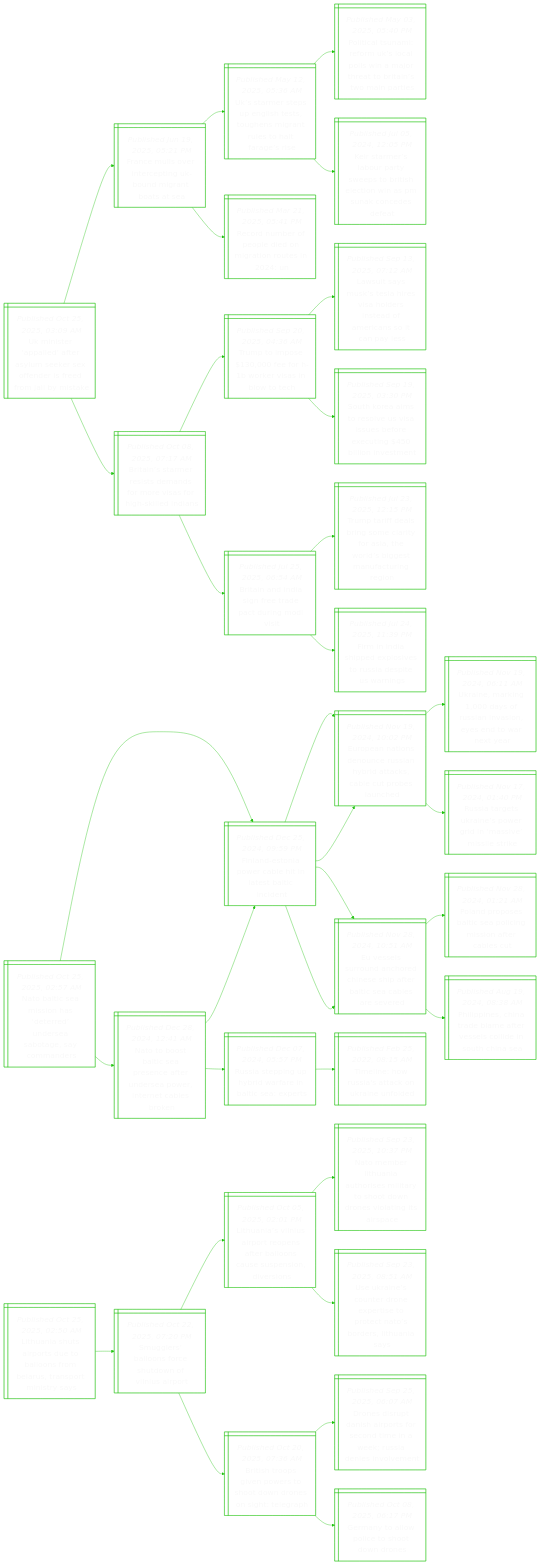
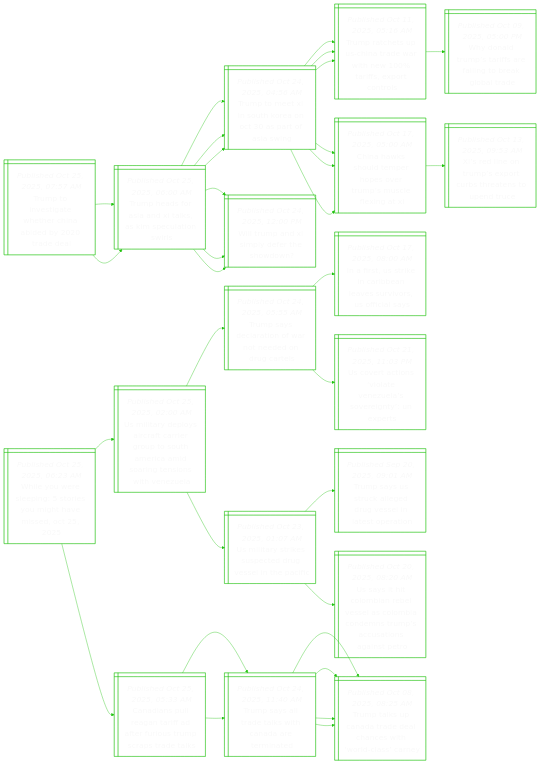
One commit to notJmes/notJmes changed the diagram in README.md. Above: the diagram before and after it, drawn with Mermaid. The commit also changed other lines of this file, not shown here.

````diff
--- a/README.md
+++ b/README.md
@@ -16,112 +16,106 @@
 flowchart LR
 classDef txtsize font-size:20px;
 
-Uialtyesfreols@{ shape: win-pane, label: "_Published Oct 25, 2025, 03:09 AM_
-Uk minister ‘appalled’ after asylum seeker sex offender is freed from jail by mistake" }
-Fesicnoitsa@{ shape: win-pane, label: "_Published Jun 19, 2025, 05:21 PM_
-France mulls over intercepting uk-bound migrant boats at sea" }
-UasuleonruoFee@{ shape: win-pane, label: "_Published May 12, 2025, 05:36 AM_
-Uk’s starmer steps up english tests, toughens migrant rules to halt farage’s rise" }
-Pisirlpwahtttit@{ shape: win-pane, label: "_Published May 03, 2025, 05:40 PM_
-Political tsunami: reform uk’s local polls win a major threat to britain’s two main parties" }
-Ktroreoiensnnsa@{ shape: win-pane, label: "_Published Jul 05, 2024, 12:05 PM_
-Keir starmer’s labour party sweeps to british election win as pm sunak concedes defeat" }
-Rdeednars@{ shape: win-pane, label: "_Published Mar 21, 2025, 05:41 PM_
-Record number of people died on migration routes in 2024: un" }
-BiartaoesiiIn@{ shape: win-pane, label: "_Published Oct 08, 2025, 07:17 AM_
-Britain’s starmer resists demands for more visas for high-skilled indians" }
-TtoeBealt@{ shape: win-pane, label: "_Published Sep 20, 2025, 04:36 AM_
-Trump to impose $130,000 fee for h-1b worker visas in blow to tech" }
-Lissashrtfisal@{ shape: win-pane, label: "_Published Sep 13, 2025, 07:12 AM_
-Lawsuit says musk’s tesla hires visa holders instead of americans so it can pay less" }
-SKaolvsbeuboen@{ shape: win-pane, label: "_Published Sep 19, 2025, 03:30 PM_
-South korea aims to resolve us visa issues before executing $450 billion investment" }
-BiIsracidi@{ shape: win-pane, label: "_Published Jul 25, 2025, 06:54 AM_
-Britain and india sign free trade pact during modi visit" }
-TtfsgctAhlgmaig@{ shape: win-pane, label: "_Published Jul 23, 2025, 12:15 PM_
-Trump tariff deals bring some clarity for asia, the world’s biggest manufacturing region" }
-FnappvRaiwn@{ shape: win-pane, label: "_Published Jul 24, 2025, 11:39 PM_
-Firm in india shipped explosives to russia despite us warnings" }
+TteaeCadaa@{ shape: win-pane, label: "_Published Oct 25, 2025, 07:57 AM_
+Trump to investigate whether china abided by 2020 trade deal" }
+ThfiXkicii@{ shape: win-pane, label: "_Published Oct 25, 2025, 06:00 AM_
+Trump heads for asia and xi talks, as kim speculation swirls" }
+TttSKoatin@{ shape: win-pane, label: "_Published Oct 24, 2025, 04:56 AM_
+Trump to meet xi in south korea on oct 30 as part of asia swing" }
+TreUndweixco@{ shape: win-pane, label: "_Published Oct 11, 2025, 05:16 AM_
+Trump ratchets up us-china trade war with new 100% tariffs, export controls" }
+Chsdeerpcea@{ shape: win-pane, label: "_Published Oct 17, 2025, 05:00 AM_
+China hawks should temper hopes over trump’s muscle flexing at xi" }
+Wrnidton@{ shape: win-pane, label: "_Published Oct 24, 2025, 12:00 PM_
+Will trump and xi simply defer the showdown?" }
+ThfiXkicii@{ shape: win-pane, label: "_Published Oct 25, 2025, 06:00 AM_
+Trump heads for asia and xi talks, as kim speculation swirls" }
+TttSKoatin@{ shape: win-pane, label: "_Published Oct 24, 2025, 04:56 AM_
+Trump to meet xi in south korea on oct 30 as part of asia swing" }
+TreUndweixco@{ shape: win-pane, label: "_Published Oct 11, 2025, 05:16 AM_
+Trump ratchets up us-china trade war with new 100% tariffs, export controls" }
+Chsdeerpcea@{ shape: win-pane, label: "_Published Oct 17, 2025, 05:00 AM_
+China hawks should temper hopes over trump’s muscle flexing at xi" }
+Wrnidton@{ shape: win-pane, label: "_Published Oct 24, 2025, 12:00 PM_
+Will trump and xi simply defer the showdown?" }
 
-Uialtyesfreols:::txtsize --> Fesicnoitsa:::txtsize
-Fesicnoitsa:::txtsize --> UasuleonruoFee:::txtsize
-UasuleonruoFee:::txtsize --> Pisirlpwahtttit:::txtsize
-UasuleonruoFee:::txtsize --> Ktroreoiensnnsa:::txtsize
-Fesicnoitsa:::txtsize --> Rdeednars:::txtsize
-Uialtyesfreols:::txtsize --> BiartaoesiiIn:::txtsize
-BiartaoesiiIn:::txtsize --> TtoeBealt:::txtsize
-TtoeBealt:::txtsize --> Lissashrtfisal:::txtsize
-TtoeBealt:::txtsize --> SKaolvsbeuboen:::txtsize
-BiartaoesiiIn:::txtsize --> BiIsracidi:::txtsize
-BiIsracidi:::txtsize --> TtfsgctAhlgmaig:::txtsize
-BiIsracidi:::txtsize --> FnappvRaiwn:::txtsize
+TteaeCadaa:::txtsize --> ThfiXkicii:::txtsize
+ThfiXkicii:::txtsize --> TttSKoatin:::txtsize
+TttSKoatin:::txtsize --> TreUndweixco:::txtsize
+TttSKoatin:::txtsize --> Chsdeerpcea:::txtsize
+ThfiXkicii:::txtsize --> Wrnidton:::txtsize
+TteaeCadaa:::txtsize --> ThfiXkicii:::txtsize
+ThfiXkicii:::txtsize --> TttSKoatin:::txtsize
+TttSKoatin:::txtsize --> TreUndweixco:::txtsize
+TttSKoatin:::txtsize --> Chsdeerpcea:::txtsize
+ThfiXkicii:::txtsize --> Wrnidton:::txtsize
 
-NaSshtdragcn@{ shape: win-pane, label: "_Published Oct 25, 2025, 02:57 AM_
-Nato baltic sea mission has ‘deterred’ undersea sabotage, say commanders" }
-Notipntdarrabn@{ shape: win-pane, label: "_Published Dec 28, 2024, 12:41 AM_
-Nato to boost baltic sea presence after undersea power, internet cables broken" }
-FnooaiaBcd@{ shape: win-pane, label: "_Published Dec 25, 2024, 09:59 PM_
-Finland-estonia power cable hit in latest baltic incident" }
-Eetdnshdcbten@{ shape: win-pane, label: "_Published Nov 19, 2024, 10:02 PM_
-European nations denounce russian hybrid attacks, cable cut probes launched" }
-EsunhCspricsed@{ shape: win-pane, label: "_Published Nov 28, 2024, 10:51 AM_
-Eu vessels surround anchored chinese ship after baltic sea cables are severed" }
-RappifniEt@{ shape: win-pane, label: "_Published Dec 07, 2024, 05:57 PM_
-Russia stepping up hybrid warfare in baltic sea: experts" }
-Tiwitnifd@{ shape: win-pane, label: "_Published Feb 25, 2022, 08:15 AM_
-Timeline: how russia's attack on ukraine unfolded" }
-FnooaiaBcd@{ shape: win-pane, label: "_Published Dec 25, 2024, 09:59 PM_
-Finland-estonia power cable hit in latest baltic incident" }
-Eetdnshdcbten@{ shape: win-pane, label: "_Published Nov 19, 2024, 10:02 PM_
-European nations denounce russian hybrid attacks, cable cut probes launched" }
-UnkaRaaenat@{ shape: win-pane, label: "_Published Nov 19, 2024, 06:11 AM_
-Ukraine, marking 1,000 days of russian invasion, eyes end to war next year" }
-Raersrisiek@{ shape: win-pane, label: "_Published Nov 17, 2024, 01:40 PM_
-Russia targets ukraine’s power grid in ‘massive’ missile strike" }
-EsunhCspricsed@{ shape: win-pane, label: "_Published Nov 28, 2024, 10:51 AM_
-Eu vessels surround anchored chinese ship after baltic sea cables are severed" }
-PdoaSlgitbu@{ shape: win-pane, label: "_Published Nov 28, 2024, 01:21 AM_
-Poland proposes baltic sea policing mission after cables cut" }
-Ppsaeerelitn@{ shape: win-pane, label: "_Published Aug 19, 2024, 08:38 AM_
-Philippines, china trade blame after vessels collide in south china sea" }
+WYresemhiO@{ shape: win-pane, label: "_Published Oct 25, 2025, 06:23 AM_
+While you were sleeping: 5 stories you might have missed, oct 25, 2025" }
+Uidycceuomasnswee@{ shape: win-pane, label: "_Published Oct 25, 2025, 02:00 AM_
+Us military deploys aircraft carrier group to south america amid soaring tensions with venezuela" }
+Tseaonencl@{ shape: win-pane, label: "_Published Oct 24, 2025, 05:55 AM_
+Trump says declaration of war not needed on drug cartels" }
+Irseravrrfas@{ shape: win-pane, label: "_Published Oct 17, 2025, 08:00 AM_
+In a first, us strike in caribbean leaves survivors, us official says" }
+Uetvteaenet@{ shape: win-pane, label: "_Published Oct 21, 2025, 11:03 PM_
+Us covert actions ‘violate venezuela’s sovereignty’: un experts" }
+Uisepdvlef@{ shape: win-pane, label: "_Published Oct 23, 2025, 01:07 AM_
+Us military strikes suspected drug vessel in the pacific" }
+TsScersnsrn@{ shape: win-pane, label: "_Published Sep 20, 2025, 09:01 AM_
+Trump says us struck alleged drug vessel in latest operation" }
+Ustmrvllaeraasnt@{ shape: win-pane, label: "_Published Oct 20, 2025, 08:20 AM_
+Us says it hit colombian rebel vessel as colombia condemns trump’s accusations against petro" }
+Ciuaaaeirctt@{ shape: win-pane, label: "_Published Oct 25, 2025, 05:33 AM_
+Canadians pull reagan tariff ad after furious trump scraps trade talks" }
+Tsldkhdtn@{ shape: win-pane, label: "_Published Oct 24, 2025, 11:40 AM_
+Trump says all trade talks with canada are terminated" }
+Ttuaaanirar@{ shape: win-pane, label: "_Published Oct 08, 2025, 08:25 AM_
+Trump talks up canada trade deal chances with ‘world-class’ carney" }
+Ttuaaanirar@{ shape: win-pane, label: "_Published Oct 08, 2025, 08:25 AM_
+Trump talks up canada trade deal chances with ‘world-class’ carney" }
+Tsldkhdtn@{ shape: win-pane, label: "_Published Oct 24, 2025, 11:40 AM_
+Trump says all trade talks with canada are terminated" }
+Ttuaaanirar@{ shape: win-pane, label: "_Published Oct 08, 2025, 08:25 AM_
+Trump talks up canada trade deal chances with ‘world-class’ carney" }
+Ttuaaanirar@{ shape: win-pane, label: "_Published Oct 08, 2025, 08:25 AM_
+Trump talks up canada trade deal chances with ‘world-class’ carney" }
 
-NaSshtdragcn:::txtsize --> Notipntdarrabn:::txtsize
-Notipntdarrabn:::txtsize --> FnooaiaBcd:::txtsize
-FnooaiaBcd:::txtsize --> Eetdnshdcbten:::txtsize
-FnooaiaBcd:::txtsize --> EsunhCspricsed:::txtsize
-Notipntdarrabn:::txtsize --> RappifniEt:::txtsize
-RappifniEt:::txtsize --> Tiwitnifd:::txtsize
-NaSshtdragcn:::txtsize --> FnooaiaBcd:::txtsize
-FnooaiaBcd:::txtsize --> Eetdnshdcbten:::txtsize
-Eetdnshdcbten:::txtsize --> UnkaRaaenat:::txtsize
-Eetdnshdcbten:::txtsize --> Raersrisiek:::txtsize
-FnooaiaBcd:::txtsize --> EsunhCspricsed:::txtsize
-EsunhCspricsed:::txtsize --> PdoaSlgitbu:::txtsize
-EsunhCspricsed:::txtsize --> Ppsaeerelitn:::txtsize
+WYresemhiO:::txtsize --> Uidycceuomasnswee:::txtsize
+Uidycceuomasnswee:::txtsize --> Tseaonencl:::txtsize
+Tseaonencl:::txtsize --> Irseravrrfas:::txtsize
+Tseaonencl:::txtsize --> Uetvteaenet:::txtsize
+Uidycceuomasnswee:::txtsize --> Uisepdvlef:::txtsize
+Uisepdvlef:::txtsize --> TsScersnsrn:::txtsize
+Uisepdvlef:::txtsize --> Ustmrvllaeraasnt:::txtsize
+WYresemhiO:::txtsize --> Ciuaaaeirctt:::txtsize
+Ciuaaaeirctt:::txtsize --> Tsldkhdtn:::txtsize
+Tsldkhdtn:::txtsize --> Ttuaaanirar:::txtsize
+Tsldkhdtn:::txtsize --> Ttuaaanirar:::txtsize
+Ciuaaaeirctt:::txtsize --> Tsldkhdtn:::txtsize
+Tsldkhdtn:::txtsize --> Ttuaaanirar:::txtsize
+Tsldkhdtn:::txtsize --> Ttuaaanirar:::txtsize
 
-Lahittlfessmty@{ shape: win-pane, label: "_Published Oct 25, 2025, 02:50 AM_
-Lithuania shuts airports due to balloons from belarus, transport ministry says" }
-Slanctonit@{ shape: win-pane, label: "_Published Oct 22, 2025, 07:20 PM_
-Smugglers’ balloons force shutdown of vilnius airport" }
-LaVupesroausii@{ shape: win-pane, label: "_Published Oct 05, 2025, 02:01 PM_
-Lithuania’s vilnius airport reopens after balloons cause suspension, diversions" }
-NeLauiirhooiisp@{ shape: win-pane, label: "_Published Sep 23, 2025, 10:37 PM_
-Nato member lithuania authorises military to shoot down drones violating its airspace" }
-Urstopsrtsetis@{ shape: win-pane, label: "_Published Sep 23, 2025, 08:51 AM_
-Use ukraine’s counter drone expertise to protect nato’s borders, lithuania says" }
-Bsovwotdsglp@{ shape: win-pane, label: "_Published Oct 20, 2025, 07:36 AM_
-British troops given powers to shoot down drones on sight: telegraph" }
-Dsunitsdiesnne@{ shape: win-pane, label: "_Published Sep 25, 2025, 06:07 AM_
-Drones disrupt danish airports for second time in a week; russia denies involvement" }
-Gnlotone@{ shape: win-pane, label: "_Published Oct 08, 2025, 06:17 PM_
-Germany to allow police to shoot down drones" }
+ThfiXkicii@{ shape: win-pane, label: "_Published Oct 25, 2025, 06:00 AM_
+Trump heads for asia and xi talks, as kim speculation swirls" }
+TttSKoatin@{ shape: win-pane, label: "_Published Oct 24, 2025, 04:56 AM_
+Trump to meet xi in south korea on oct 30 as part of asia swing" }
+TreUndweixco@{ shape: win-pane, label: "_Published Oct 11, 2025, 05:16 AM_
+Trump ratchets up us-china trade war with new 100% tariffs, export controls" }
+Wnrtffnrlt@{ shape: win-pane, label: "_Published Oct 09, 2025, 05:00 PM_
+Why donald trump’s tariffs are failing to break global trade" }
+Chsdeerpcea@{ shape: win-pane, label: "_Published Oct 17, 2025, 05:00 AM_
+China hawks should temper hopes over trump’s muscle flexing at xi" }
+Xdompuheut@{ shape: win-pane, label: "_Published Oct 13, 2025, 09:53 AM_
+Xi’s red line on trump’s export curbs threatens to upend truce" }
+Wrnidton@{ shape: win-pane, label: "_Published Oct 24, 2025, 12:00 PM_
+Will trump and xi simply defer the showdown?" }
 
-Lahittlfessmty:::txtsize --> Slanctonit:::txtsize
-Slanctonit:::txtsize --> LaVupesroausii:::txtsize
-LaVupesroausii:::txtsize --> NeLauiirhooiisp:::txtsize
-LaVupesroausii:::txtsize --> Urstopsrtsetis:::txtsize
-Slanctonit:::txtsize --> Bsovwotdsglp:::txtsize
-Bsovwotdsglp:::txtsize --> Dsunitsdiesnne:::txtsize
-Bsovwotdsglp:::txtsize --> Gnlotone:::txtsize
+ThfiXkicii:::txtsize --> TttSKoatin:::txtsize
+TttSKoatin:::txtsize --> TreUndweixco:::txtsize
+TreUndweixco:::txtsize --> Wnrtffnrlt:::txtsize
+TttSKoatin:::txtsize --> Chsdeerpcea:::txtsize
+Chsdeerpcea:::txtsize --> Xdompuheut:::txtsize
+ThfiXkicii:::txtsize --> Wrnidton:::txtsize
 
 ```
````
